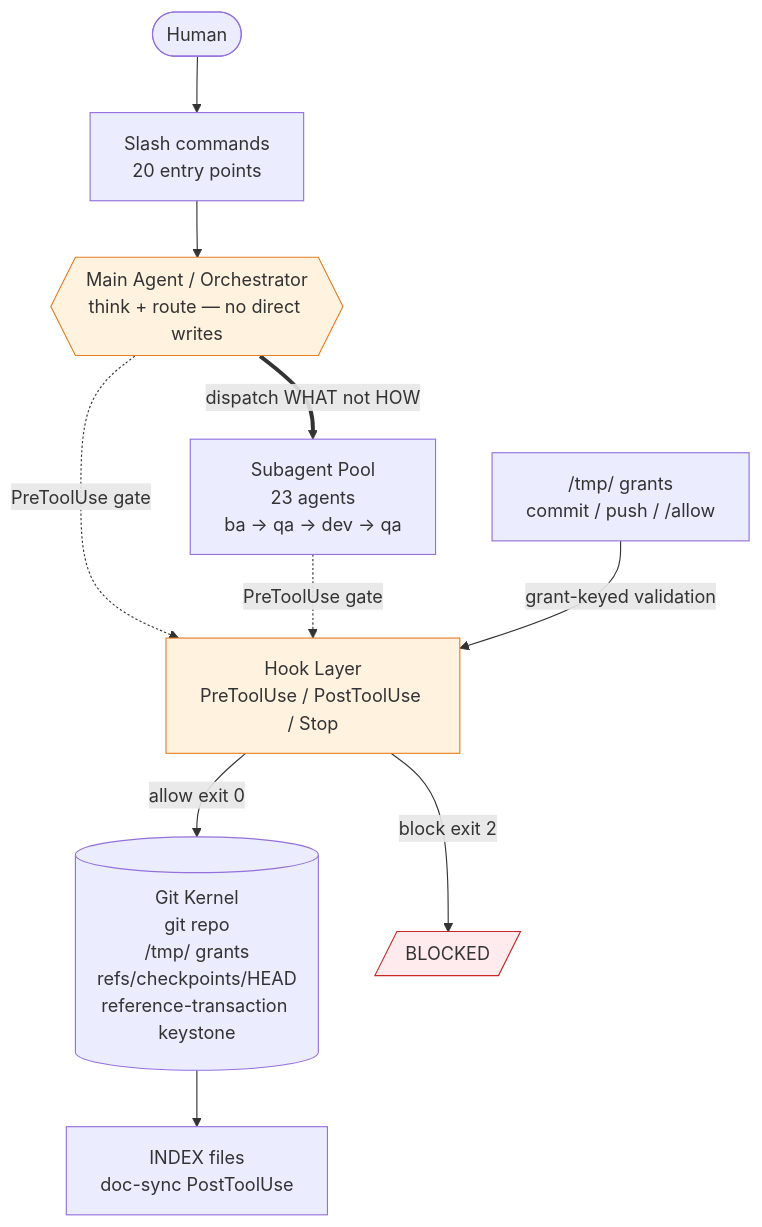
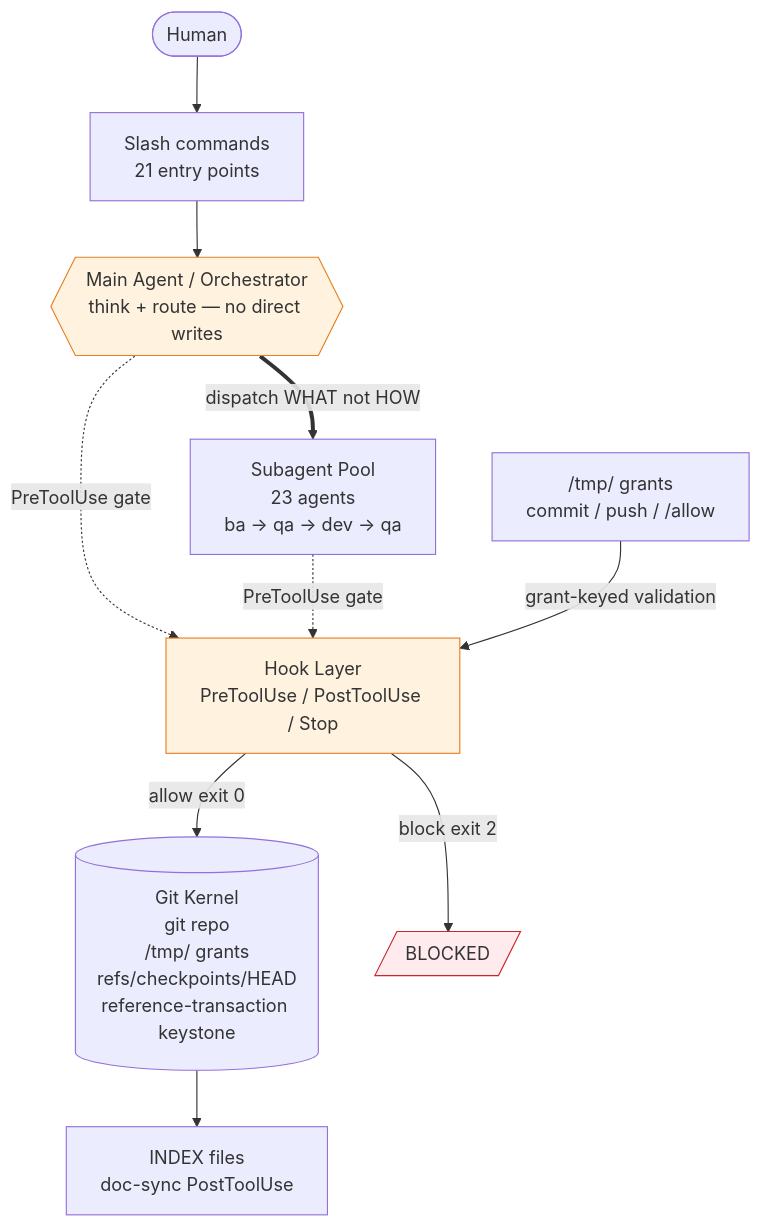
One commit to Yugoge/awesome-claude-harness changed the first of 3 diagrams in README.md. Above: the diagram before and after it, drawn with Mermaid. The commit also changed other lines of this file and 23 other files, not shown here.

````diff
--- a/README.md
+++ b/README.md
@@ -434,21 +434,21 @@
 ```mermaid
 graph TD
-    U([Human]) --> CMD[Slash commands<br/>20 entry points]
+    U([Human]) --> CMD[Slash commands<br/>21 entry points]
     CMD --> ORC{{Main Agent / Orchestrator<br/>think + route — no direct writes}}
 
     ORC -.->|PreToolUse gate| HL
     SUB -.->|PreToolUse gate| HL
 
     ORC ==>|dispatch WHAT not HOW| SUB[Subagent Pool<br/>23 agents<br/>ba → qa → dev → qa]
 
     HL[Hook Layer<br/>PreToolUse / PostToolUse / Stop] -->|allow exit 0| GK[(Git Kernel<br/>git repo<br/>/tmp/ grants<br/>refs/checkpoints/HEAD<br/>reference-transaction keystone)]
     HL -->|block exit 2| BLK[/BLOCKED/]
 
     GK --> IDX[INDEX files<br/>doc-sync PostToolUse]
     TMP["/tmp/ grants<br/>commit / push / /allow"] -->|grant-keyed validation| HL
 
     classDef restricted fill:#ffebee,stroke:#c62828
     classDef gate fill:#fff3e0,stroke:#e67e22
     class BLK restricted
     class ORC,HL gate
 ```
````
